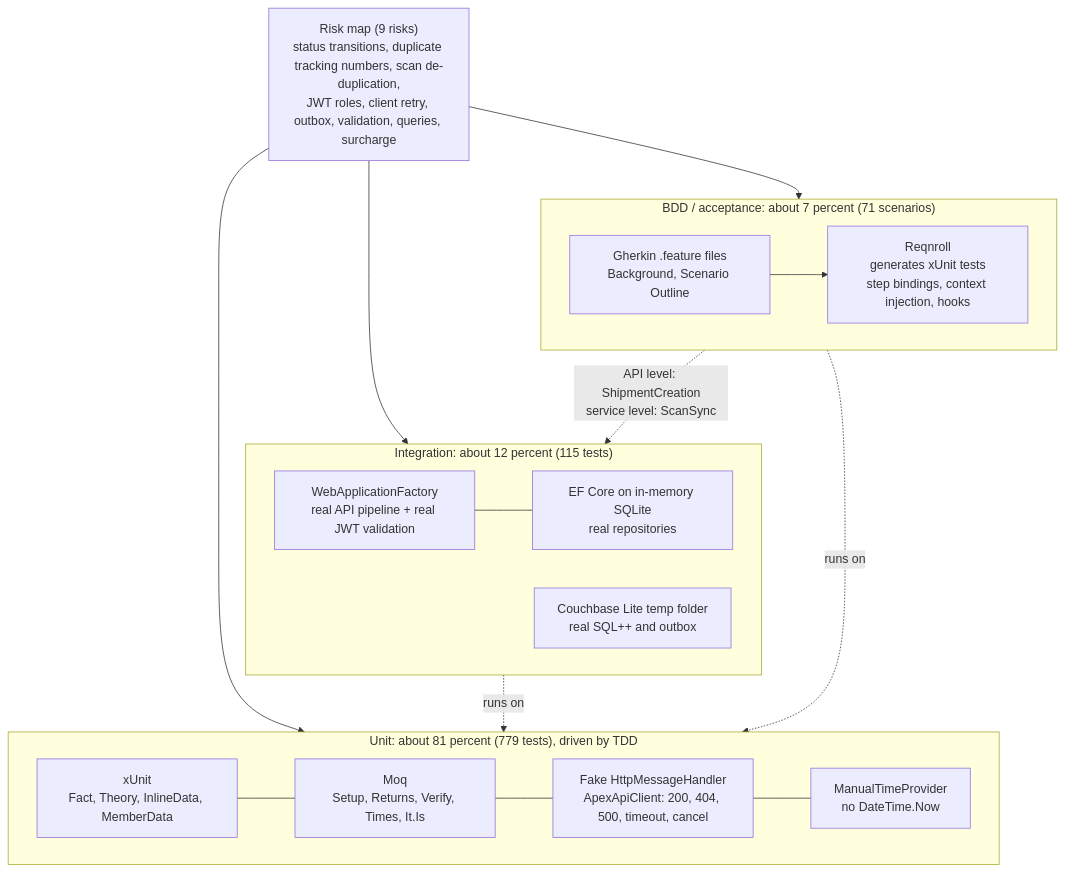
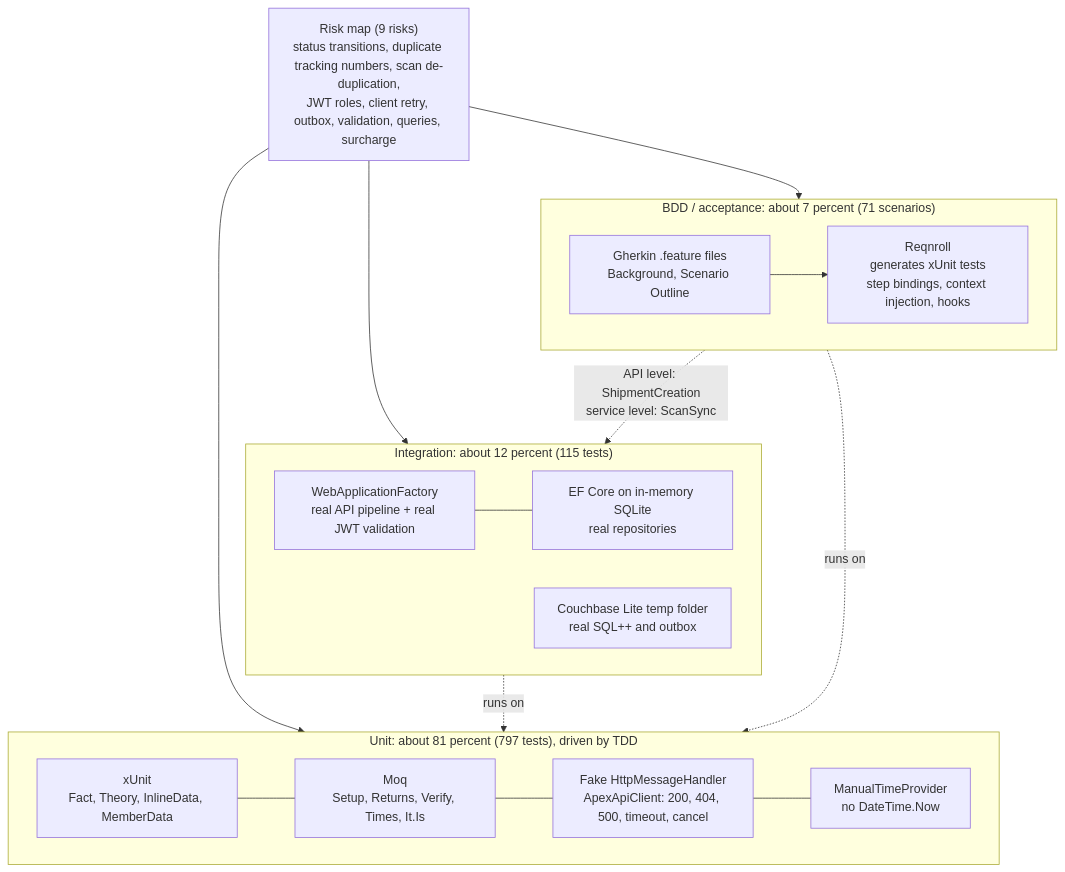
The first of 4 diagrams in docs/TESTING-DIAGRAMS.md (divyanshipandey-git/ApexPostRepo), drawn with Mermaid before and after one commit. The commit also changed 17 other files, not shown here.

````diff
--- a/docs/TESTING-DIAGRAMS.md
+++ b/docs/TESTING-DIAGRAMS.md
@@ -7,29 +7,29 @@
 ```mermaid
 flowchart TB
     R["Risk map (9 risks)<br/>status transitions, duplicate tracking numbers, scan de-duplication,<br/>JWT roles, client retry, outbox, validation, queries, surcharge"]
 
     subgraph BDD["BDD / acceptance: about 7 percent (71 scenarios)"]
         direction LR
         F["Gherkin .feature files<br/>Background, Scenario Outline"] --> RQ["Reqnroll<br/>generates xUnit tests<br/>step bindings, context injection, hooks"]
     end
 
     subgraph INT["Integration: about 12 percent (115 tests)"]
         direction LR
         WAF["WebApplicationFactory<br/>real API pipeline + real JWT validation"] --- SQ["EF Core on in-memory SQLite<br/>real repositories"]
         CB["Couchbase Lite temp folder<br/>real SQL++ and outbox"]
     end
 
-    subgraph UNIT["Unit: about 81 percent (779 tests), driven by TDD"]
+    subgraph UNIT["Unit: about 81 percent (797 tests), driven by TDD"]
         direction LR
         X["xUnit<br/>Fact, Theory, InlineData, MemberData"] --- M["Moq<br/>Setup, Returns, Verify, Times, It.Is"]
         M --- H["Fake HttpMessageHandler<br/>ApexApiClient: 200, 404, 500, timeout, cancel"]
         H --- T["ManualTimeProvider<br/>no DateTime.Now"]
     end
 
     R --> BDD
     R --> INT
     R --> UNIT
     BDD -. "API level: ShipmentCreation<br/>service level: ScanSync" .-> INT
     INT -. "runs on" .-> X
     BDD -. "runs on" .-> X
 ```
````
